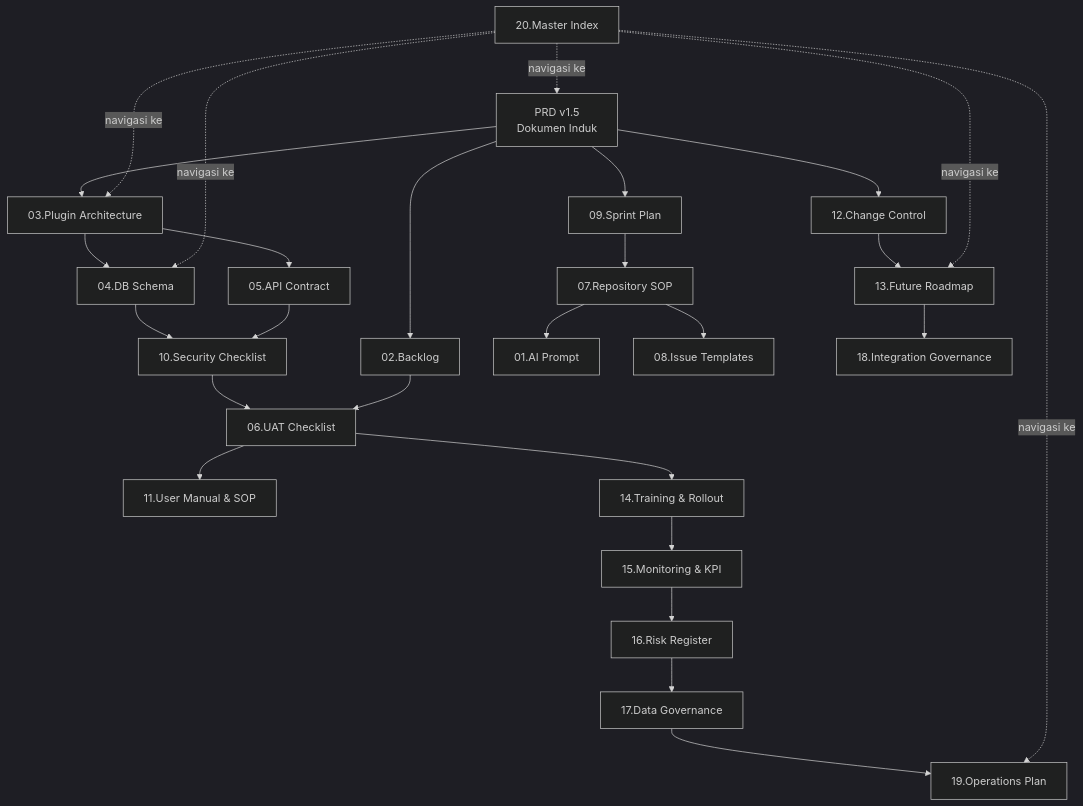
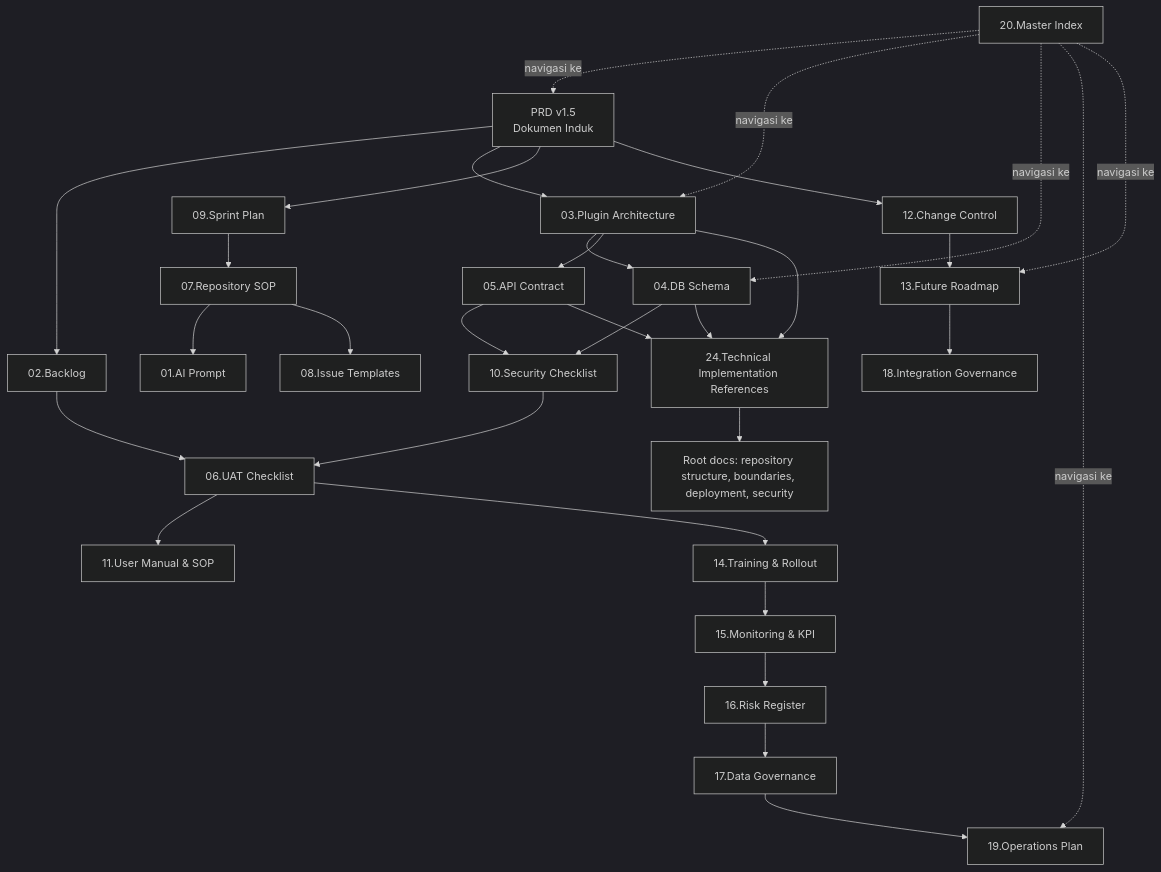
One commit to ahliweb/satusehatkobar changed the diagram in docs/prd/20.Master Document Index and Implementation Guide.docx.md. Above: the diagram before and after it, drawn with Mermaid (dark theme). The commit also changed other lines of this file and 1 other file, not shown here.

Commit message:
feat: add technical implementation references document and integrate into master index guide

````diff
--- a/docs/prd/20.Master Document Index and Implementation Guide.docx.md
+++ b/docs/prd/20.Master Document Index and Implementation Guide.docx.md
@@ -66,36 +67,41 @@
 ```mermaid
 flowchart TD
     PRD[PRD v1.5\nDokumen Induk] --> B[02.Backlog]
     PRD --> C[03.Plugin Architecture]
     PRD --> D[09.Sprint Plan]
     PRD --> E[12.Change Control]
 
     C --> F[04.DB Schema]
     C --> G[05.API Contract]
     F --> H[10.Security Checklist]
     G --> H
 
     D --> I[07.Repository SOP]
     I --> J[01.AI Prompt]
     I --> K[08.Issue Templates]
 
     H --> L[06.UAT Checklist]
     B --> L
 
     L --> M[11.User Manual & SOP]
     L --> N[14.Training & Rollout]
 
     N --> O[15.Monitoring & KPI]
     O --> P[16.Risk Register]
     P --> Q[17.Data Governance]
     Q --> R[19.Operations Plan]
 
     E --> S[13.Future Roadmap]
     S --> T[18.Integration Governance]
 
     INDEX[20.Master Index] -.->|navigasi ke| PRD
     INDEX -.->|navigasi ke| C
     INDEX -.->|navigasi ke| F
     INDEX -.->|navigasi ke| R
     INDEX -.->|navigasi ke| S
+
+    C --> U[24.Technical Implementation References]
+    F --> U
+    G --> U
+    U --> V[Root docs: repository structure, boundaries, deployment, security]
 ```
````
